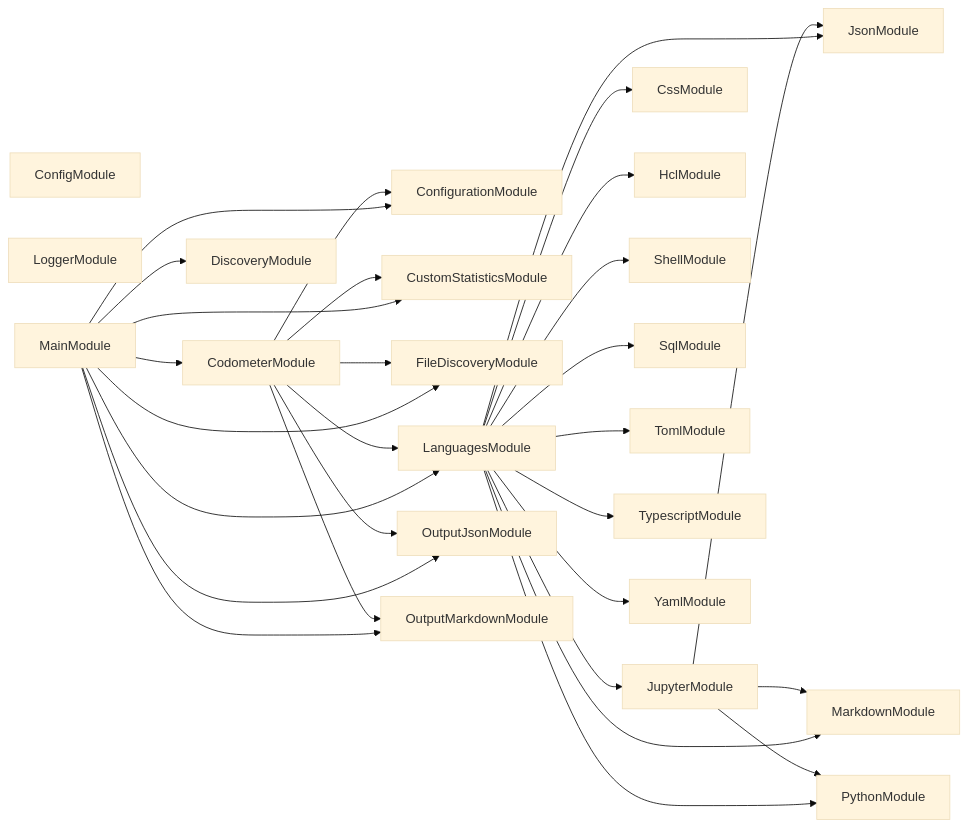
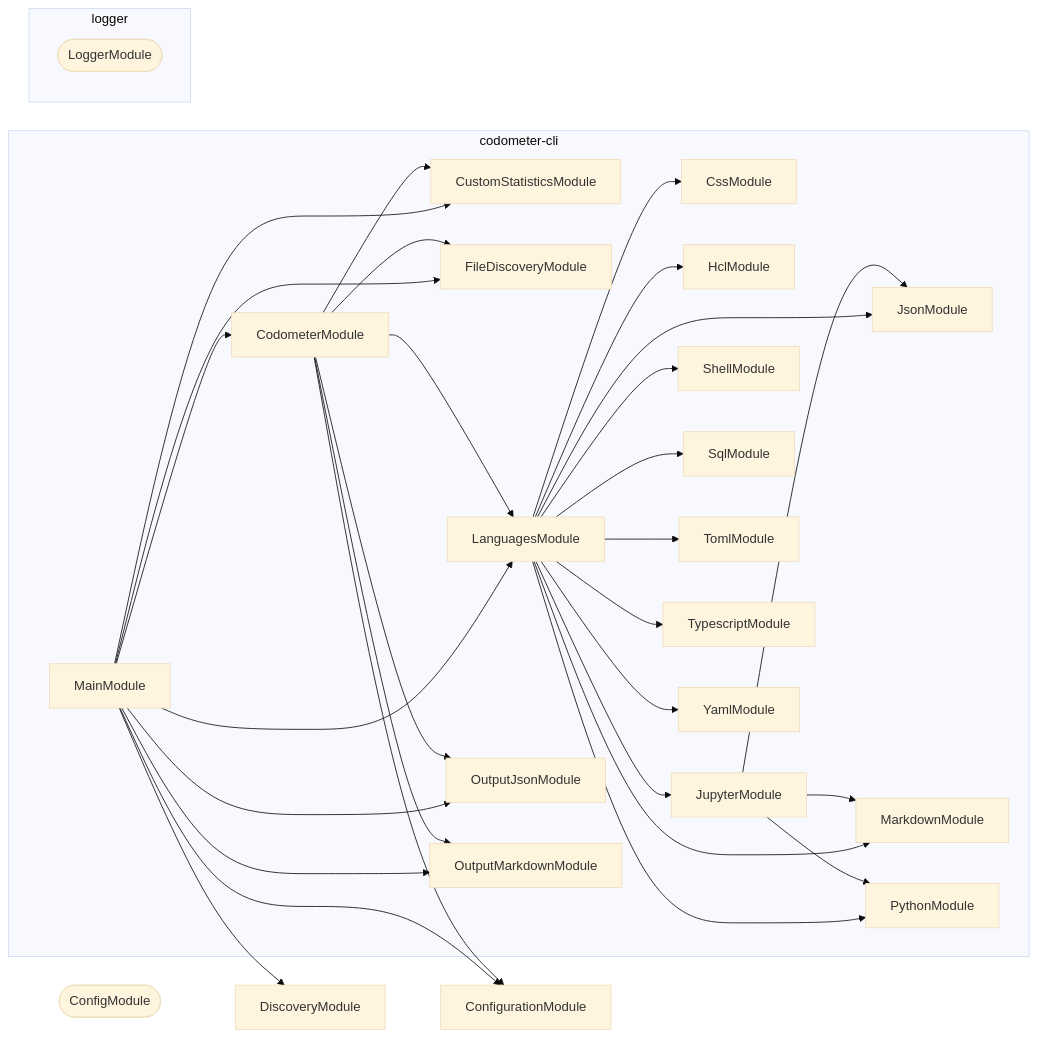
The second of 2 diagrams in packages/codometer-cli/README.md (JimmyPaolini/codebase), drawn with Mermaid (base theme) before and after one commit. The commit also changed other lines of this file and 71 other files, not shown here.

Commit message:
feat(synchronization): ✨ group module graphs by package and add nx project graphs

````diff
--- a/packages/codometer-cli/README.md
+++ b/packages/codometer-cli/README.md
@@ -157,33 +176,57 @@
 ```mermaid
 flowchart LR
-  ConfigModule
-  LoggerModule
+  subgraph group0["codometer-cli"]
+    CodometerModule
+    CssModule
+    CustomStatisticsModule
+    FileDiscoveryModule
+    HclModule
+    JsonModule
+    JupyterModule
+    LanguagesModule
+    MainModule
+    MarkdownModule
+    OutputJsonModule
+    OutputMarkdownModule
+    PythonModule
+    ShellModule
+    SqlModule
+    TomlModule
+    TypescriptModule
+    YamlModule
+  end
+  subgraph group1["logger"]
+    LoggerModule([LoggerModule])
+  end
+  ConfigModule([ConfigModule])
+  ConfigurationModule
+  DiscoveryModule
   CodometerModule --> ConfigurationModule
   CodometerModule --> CustomStatisticsModule
   CodometerModule --> FileDiscoveryModule
   CodometerModule --> LanguagesModule
   CodometerModule --> OutputJsonModule
   CodometerModule --> OutputMarkdownModule
   JupyterModule --> JsonModule
   JupyterModule --> MarkdownModule
   JupyterModule --> PythonModule
   LanguagesModule --> CssModule
   LanguagesModule --> HclModule
   LanguagesModule --> JsonModule
   LanguagesModule --> JupyterModule
   LanguagesModule --> MarkdownModule
   LanguagesModule --> PythonModule
   LanguagesModule --> ShellModule
   LanguagesModule --> SqlModule
   LanguagesModule --> TomlModule
   LanguagesModule --> TypescriptModule
   LanguagesModule --> YamlModule
   MainModule --> CodometerModule
   MainModule --> ConfigurationModule
   MainModule --> CustomStatisticsModule
   MainModule --> DiscoveryModule
   MainModule --> FileDiscoveryModule
   MainModule --> LanguagesModule
   MainModule --> OutputJsonModule
   MainModule --> OutputMarkdownModule
 ```
````
